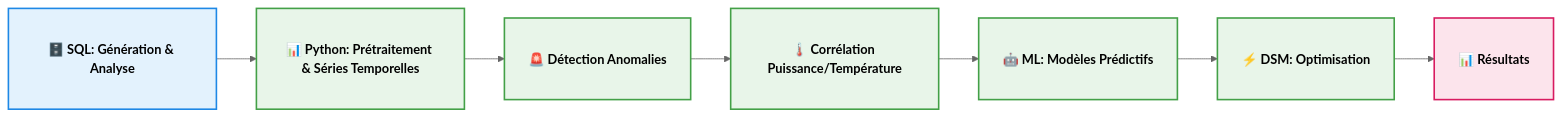
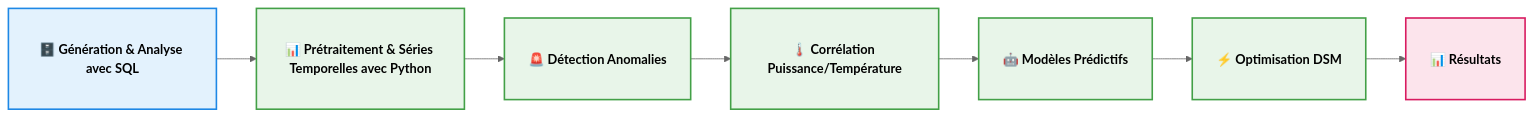
One commit to FatehChaabat/energy-demand-analytics changed the diagram in README.md. Above: the diagram before and after it, drawn with Mermaid (neutral theme). The commit also changed other lines of this file, not shown here.

````diff
--- a/README.md
+++ b/README.md
@@ -51,20 +51,20 @@
 ```mermaid
 flowchart LR
 
-A[<b>🗄️ SQL: Génération & Analyse<b>] --> B[<b>📊 Python: Prétraitement & Séries Temporelles<b>]
+A[<b>🗄️ Génération & Analyse avec SQL<b>] --> B[<b>📊 Prétraitement & Séries Temporelles avec Python<b>]
 B --> C[<b>🚨 Détection Anomalies<b>]
 C --> D[<b>🌡️ Corrélation Puissance/Température<b>]
-D --> E[<b>🤖 ML: Modèles Prédictifs<b>]
-E --> F[<b>⚡ DSM: Optimisation<b>]
+D --> E[<b>🤖 Modèles Prédictifs<b>]
+E --> F[<b>⚡ Optimisation DSM<b>]
 F --> G[<b>📊 Résultats<b>] 
 
 %% Styles
 classDef sql fill:#e3f2fd,stroke:#1e88e5,padding:50px,stroke-width:2px,color:#000;
 classDef python fill:#e8f5e9,stroke:#43a047,padding:50px,stroke-width:2px,color:#000;
 classDef dsm fill:#fce4ec,stroke:#d81b60,padding:50px,stroke-width:2px,color:#000;
 
 %% Affectation
 class A sql;
 class B,C,D,E,F python;
 class G dsm;
 ```
````
